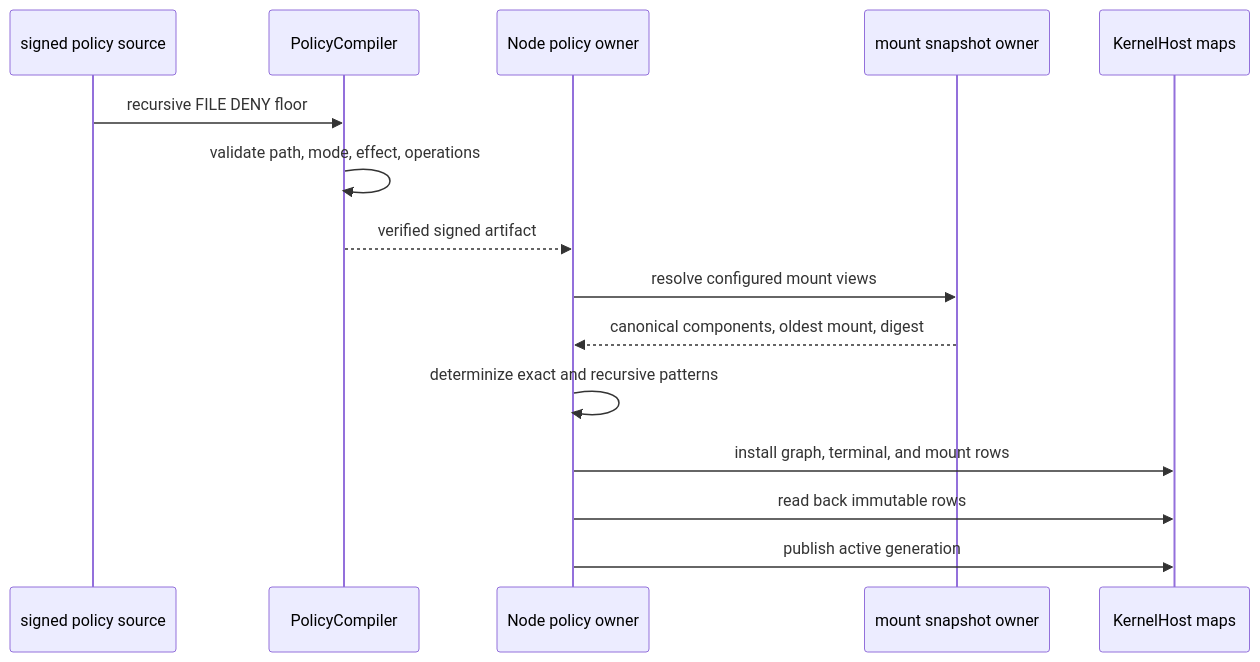
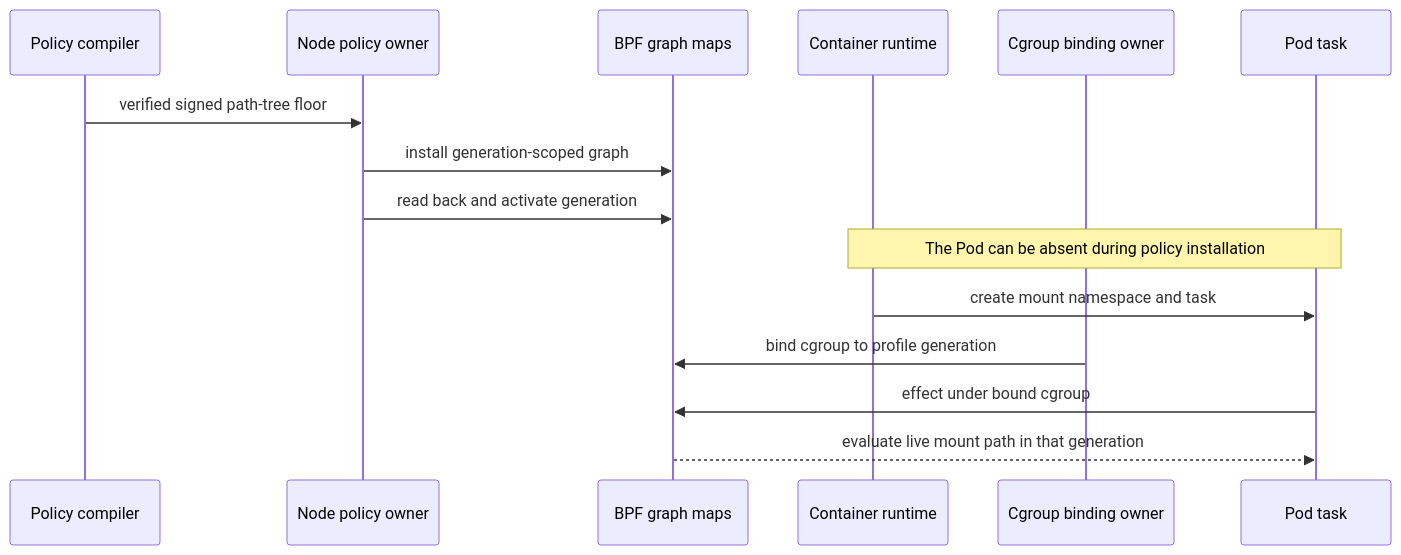
Before and after one commit to Ereborlabs/erebor-runtime: the first of 3 diagrams in docs/plans/mithril-hugging-face-intrusion-prevention/path-tree-denial-implementation-review.md, drawn with Mermaid. The commit also changed other lines of this file and 2 other files, not shown here.

Commit message:
docs(mithril): explain live BPF path resolution

````diff
--- a/docs/plans/mithril-hugging-face-intrusion-prevention/path-tree-denial-implementation-review.md
+++ b/docs/plans/mithril-hugging-face-intrusion-prevention/path-tree-denial-implementation-review.md
@@ -125,18 +112,18 @@
 ```mermaid
 sequenceDiagram
-    participant S as signed policy source
-    participant C as PolicyCompiler
+    participant C as Policy compiler
     participant N as Node policy owner
-    participant M as mount snapshot owner
-    participant K as KernelHost maps
+    participant K as BPF graph maps
+    participant R as Container runtime
+    participant B as Cgroup binding owner
+    participant T as Pod task
 
-    S->>C: recursive FILE DENY floor
-    C->>C: validate path, mode, effect, operations
-    C-->>N: verified signed artifact
-    N->>M: resolve configured mount views
-    M-->>N: canonical components, oldest mount, digest
-    N->>N: determinize exact and recursive patterns
-    N->>K: install graph, terminal, and mount rows
-    N->>K: read back immutable rows
-    N->>K: publish active generation
+    C->>N: verified signed path-tree floor
+    N->>K: install generation-scoped graph
+    N->>K: read back and activate generation
+    Note over R,T: The Pod can be absent during policy installation
+    R->>T: create mount namespace and task
+    B->>K: bind cgroup to profile generation
+    T->>K: effect under bound cgroup
+    K-->>T: evaluate live mount path in that generation
 ```
````
